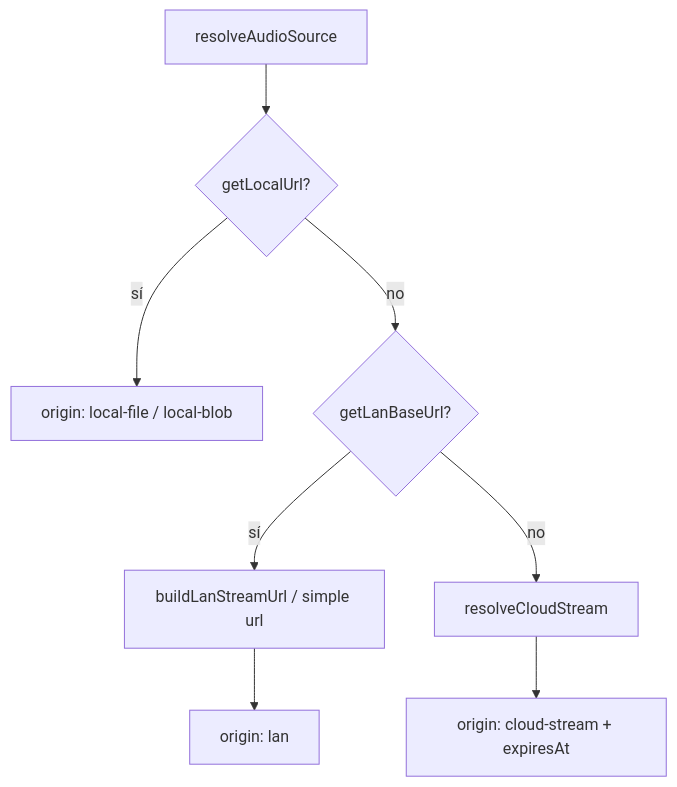
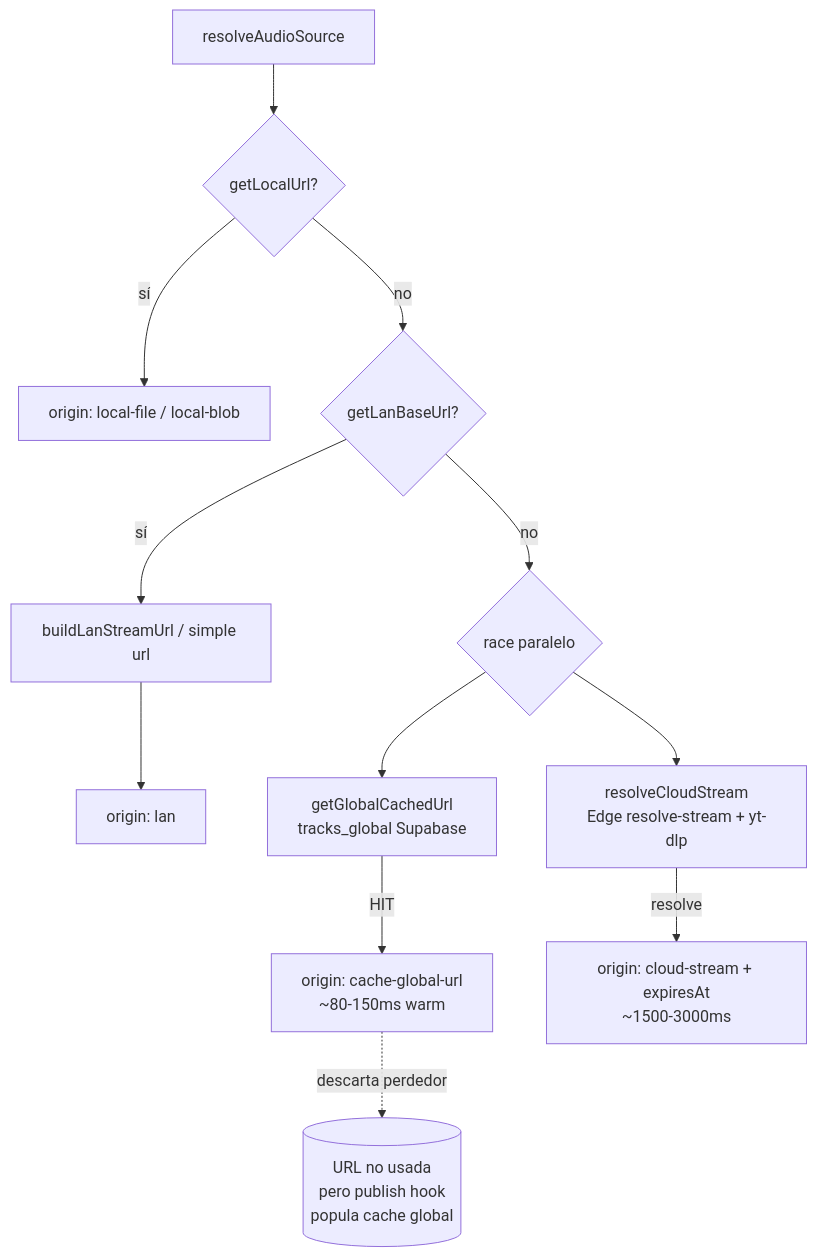
Before and after one commit to schormeikerlugo/Ritmiq: the diagram in docs/Ritmiq-Docs/05-Core/audio-source.md, drawn with Mermaid. The commit also changed other lines of this file and 5 other files, not shown here.

First line of the commit message:
perf+feat: race paralelo en cascade + album editable + stats manuales

````diff
--- a/docs/Ritmiq-Docs/05-Core/audio-source.md
+++ b/docs/Ritmiq-Docs/05-Core/audio-source.md
@@ -75,10 +75,14 @@
 ```mermaid
 flowchart TD
   A[resolveAudioSource] --> B{getLocalUrl?}
   B -- sí --> C[origin: local-file / local-blob]
   B -- no --> D{getLanBaseUrl?}
   D -- sí --> E[buildLanStreamUrl / simple url]
   E --> F[origin: lan]
-  D -- no --> G[resolveCloudStream]
-  G --> H[origin: cloud-stream + expiresAt]
+  D -- no --> R{race paralelo}
+  R --> G1[getGlobalCachedUrl<br/>tracks_global Supabase]
+  R --> G2[resolveCloudStream<br/>Edge resolve-stream + yt-dlp]
+  G1 -- HIT --> H1[origin: cache-global-url<br/>~80-150ms warm]
+  G2 -- resolve --> H2[origin: cloud-stream + expiresAt<br/>~1500-3000ms]
+  H1 -.descarta perdedor.-> X[(URL no usada<br/>pero publish hook<br/>popula cache global)]
 ```
````
